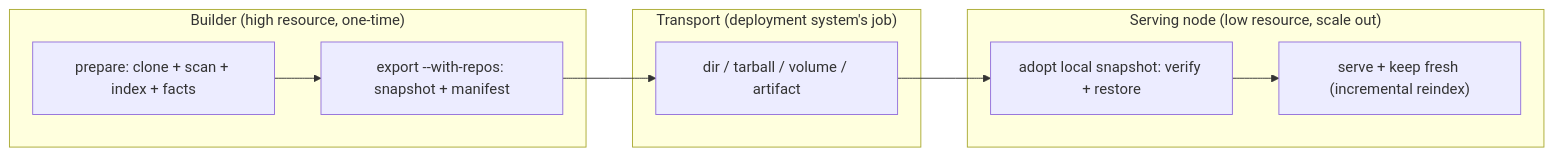
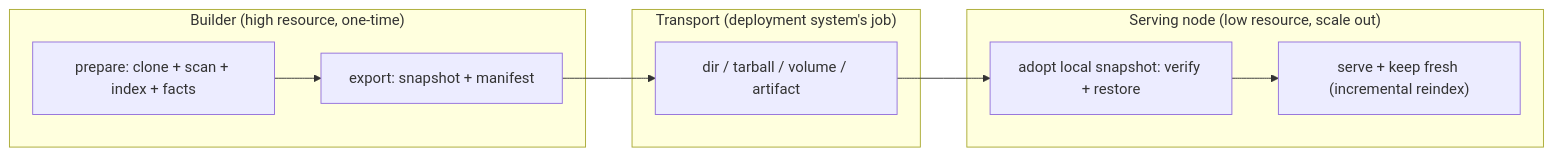
Before and after one commit to rosenjcb/kb: the diagram in packages/kb-server/HANDOFF.md, drawn with Mermaid. The commit also changed other lines of this file and 10 other files, not shown here.

First line of the commit message:
Faithful export + re-clone repos from provenance on warm-start

````diff
--- a/packages/kb-server/HANDOFF.md
+++ b/packages/kb-server/HANDOFF.md
@@ -30,17 +30,17 @@
 ```mermaid
 flowchart LR
   subgraph builder ["Builder (high resource, one-time)"]
     B1["prepare: clone + scan + index + facts"]
-    B2["export --with-repos: snapshot + manifest"]
+    B2["export: snapshot + manifest"]
     B1 --> B2
   end
   subgraph transport ["Transport (deployment system's job)"]
     T["dir / tarball / volume / artifact"]
   end
   subgraph server ["Serving node (low resource, scale out)"]
     S1["adopt local snapshot: verify + restore"]
     S2["serve + keep fresh (incremental reindex)"]
     S1 --> S2
   end
   B2 --> T --> S1
 ```
````
